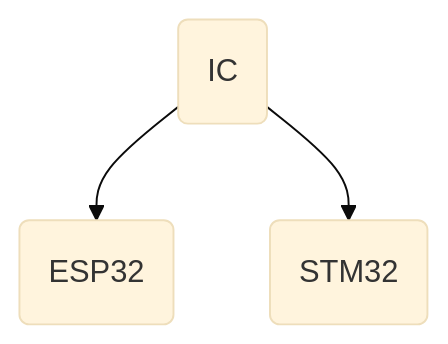
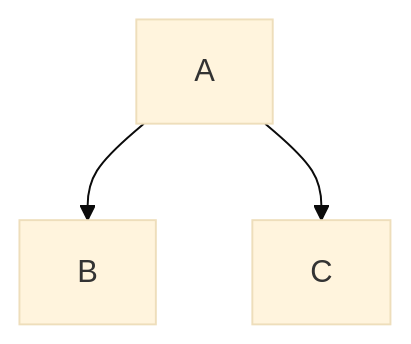
One commit to hkdickyko/hkdickyko.github.io changed the diagram in _posts/2021-09-30-jekyll.md. Above: the diagram before and after it, drawn with Mermaid (base theme).

```diff
--- a/_posts/2021-09-30-jekyll.md
+++ b/_posts/2021-09-30-jekyll.md
@@ -93,8 +93,5 @@
 <div class="mermaid">
 graph TD;
-    A(IC);
-    B(ESP32);
-    C(STM32);
     A-->B;
     A-->C;
 </div>
```
